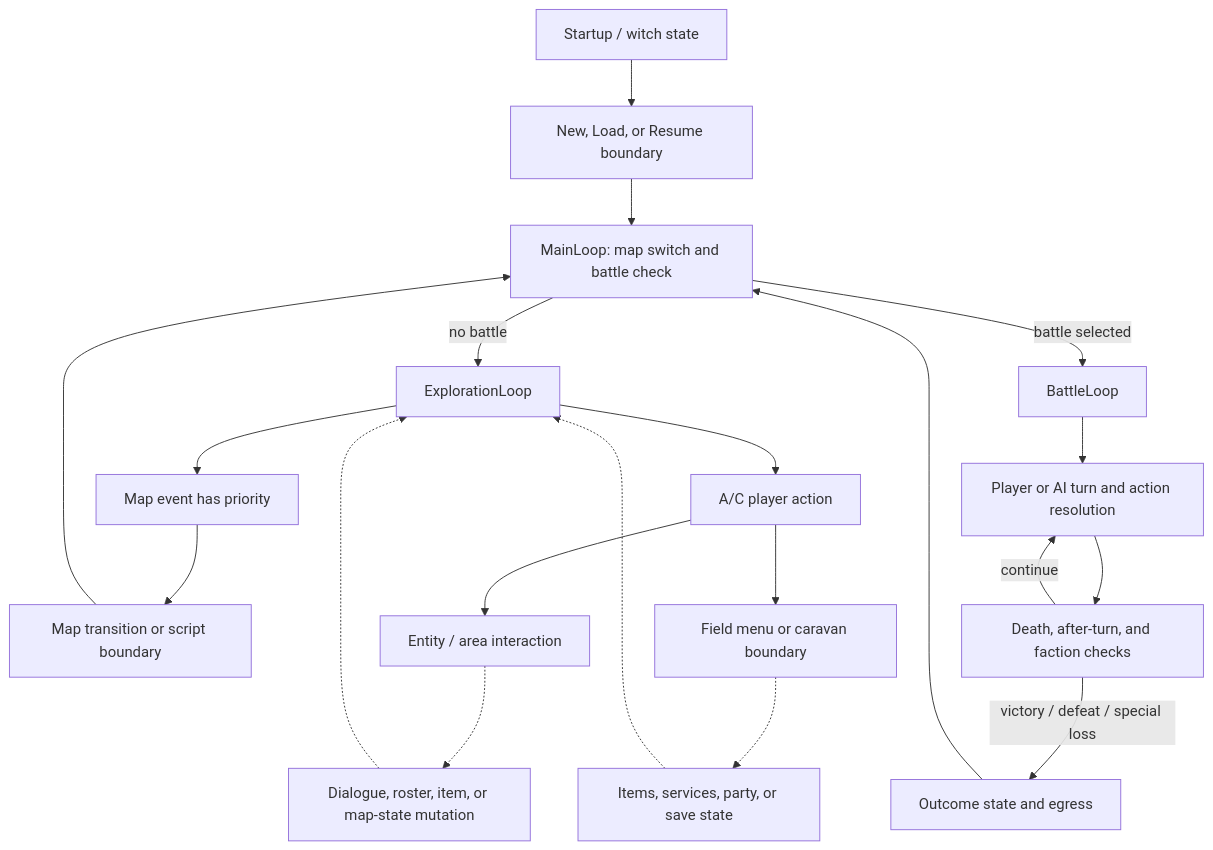
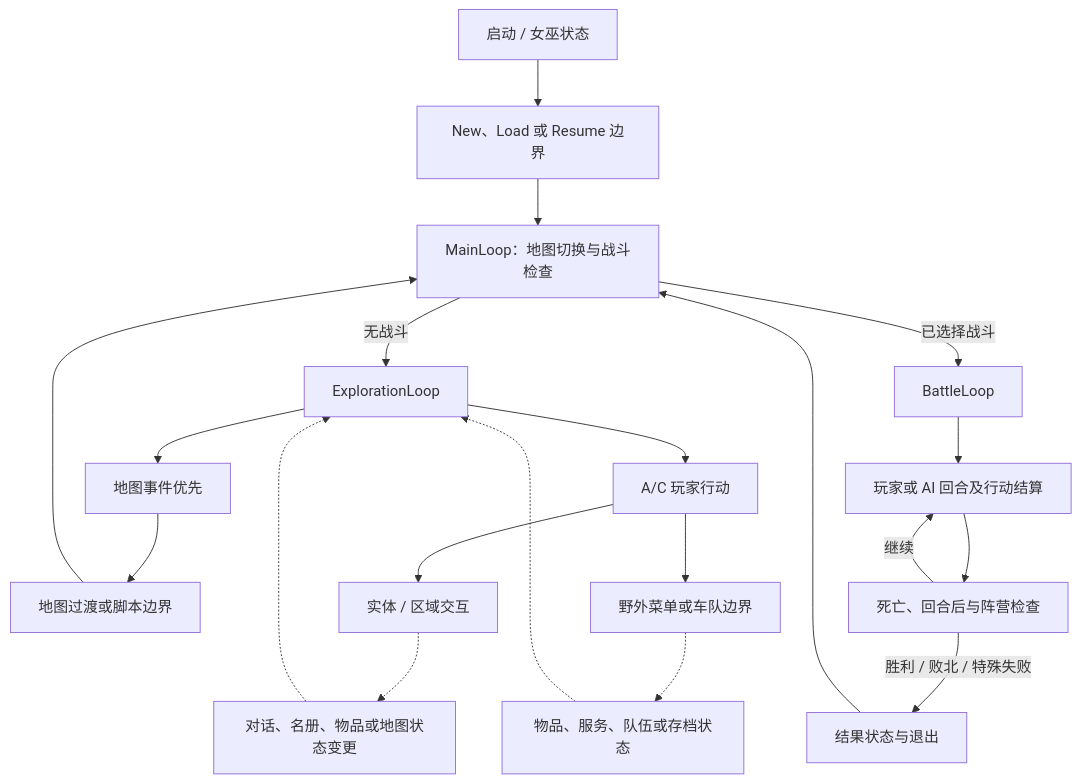
Before and after one commit to FrankHZ/md-sf2-reverse-engineering: the diagram in docs/design/zh-CN/gameplay-overview.md, drawn with Mermaid. The commit also changed other lines of this file and 15 other files, not shown here.

````diff
--- a/docs/design/zh-CN/gameplay-overview.md
+++ b/docs/design/zh-CN/gameplay-overview.md
@@ -48,22 +48,22 @@
 ```mermaid
 flowchart TD
-    A["Startup / witch state"] --> B["New, Load, or Resume boundary"]
-    B --> C["MainLoop: map switch and battle check"]
-    C -->|"no battle"| D["ExplorationLoop"]
-    C -->|"battle selected"| E["BattleLoop"]
-    D --> F["Map event has priority"]
-    D --> G["A/C player action"]
-    F --> H["Map transition or script boundary"]
-    G --> I["Entity / area interaction"]
-    G --> J["Field menu or caravan boundary"]
-    I -.-> K["Dialogue, roster, item, or map-state mutation"]
-    J -.-> L["Items, services, party, or save state"]
+    A["启动 / 女巫状态"] --> B["New、Load 或 Resume 边界"]
+    B --> C["MainLoop：地图切换与战斗检查"]
+    C -->|"无战斗"| D["ExplorationLoop"]
+    C -->|"已选择战斗"| E["BattleLoop"]
+    D --> F["地图事件优先"]
+    D --> G["A/C 玩家行动"]
+    F --> H["地图过渡或脚本边界"]
+    G --> I["实体 / 区域交互"]
+    G --> J["野外菜单或车队边界"]
+    I -.-> K["对话、名册、物品或地图状态变更"]
+    J -.-> L["物品、服务、队伍或存档状态"]
     H --> C
     K -.-> D
     L -.-> D
-    E --> M["Player or AI turn and action resolution"]
-    M --> N["Death, after-turn, and faction checks"]
-    N -->|"continue"| M
-    N -->|"victory / defeat / special loss"| O["Outcome state and egress"]
+    E --> M["玩家或 AI 回合及行动结算"]
+    M --> N["死亡、回合后与阵营检查"]
+    N -->|"继续"| M
+    N -->|"胜利 / 败北 / 特殊失败"| O["结果状态与退出"]
     O --> C
 ```
````
